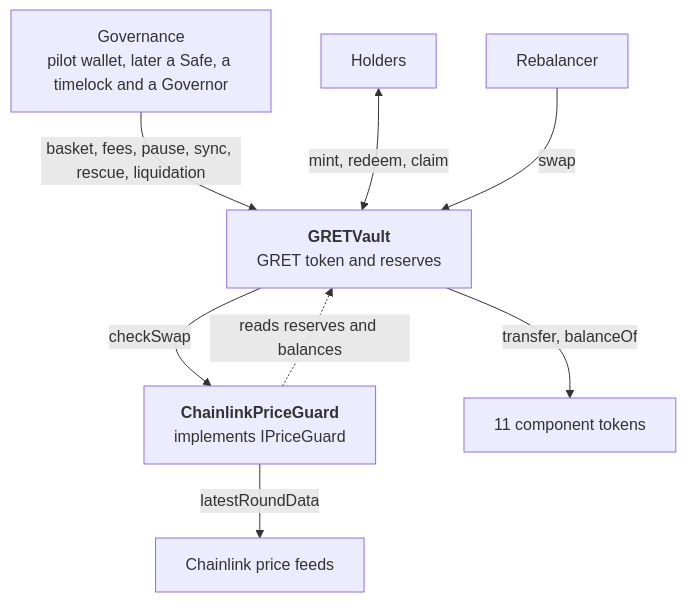
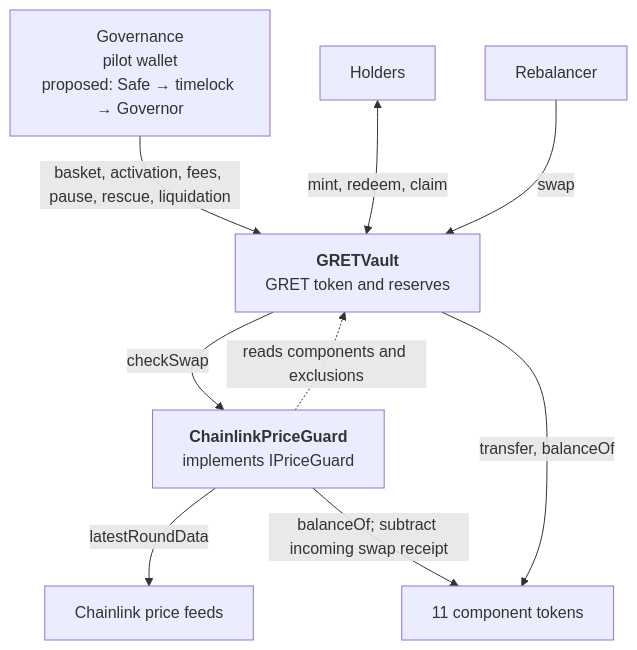
The diagram in README.md (global-reserve/gret-contracts), drawn with Mermaid before and after one commit. The commit also changed other lines of this file and 33 other files, not shown here.

First line of the commit message:
Back GRET with live token balances instead of internal reserves

````diff
--- a/README.md
+++ b/README.md
@@ -36,17 +41,18 @@
 ```mermaid
 flowchart TB
-    Gov["Governance<br/>pilot wallet, later a Safe, a timelock and a Governor"]
+    Gov["Governance<br/>pilot wallet<br/>proposed: Safe → timelock → Governor"]
     Holders["Holders"]
     Vault["<b>GRETVault</b><br/>GRET token and reserves"]
     Rebalancer["Rebalancer"]
     Guard["<b>ChainlinkPriceGuard</b><br/>implements IPriceGuard"]
     Feeds["Chainlink price feeds"]
     Tokens["11 component tokens"]
-    Gov -->|"basket, fees, pause, sync, rescue, liquidation"| Vault
+    Gov -->|"basket, activation, fees, pause, rescue, liquidation"| Vault
     Holders <-->|"mint, redeem, claim"| Vault
     Rebalancer -->|swap| Vault
     Vault -->|checkSwap| Guard
     Guard -->|latestRoundData| Feeds
-    Guard -.->|"reads reserves and balances"| Vault
+    Guard -.->|"reads components and exclusions"| Vault
+    Guard -->|"balanceOf; subtract incoming swap receipt"| Tokens
     Vault -->|"transfer, balanceOf"| Tokens
 ```
````
